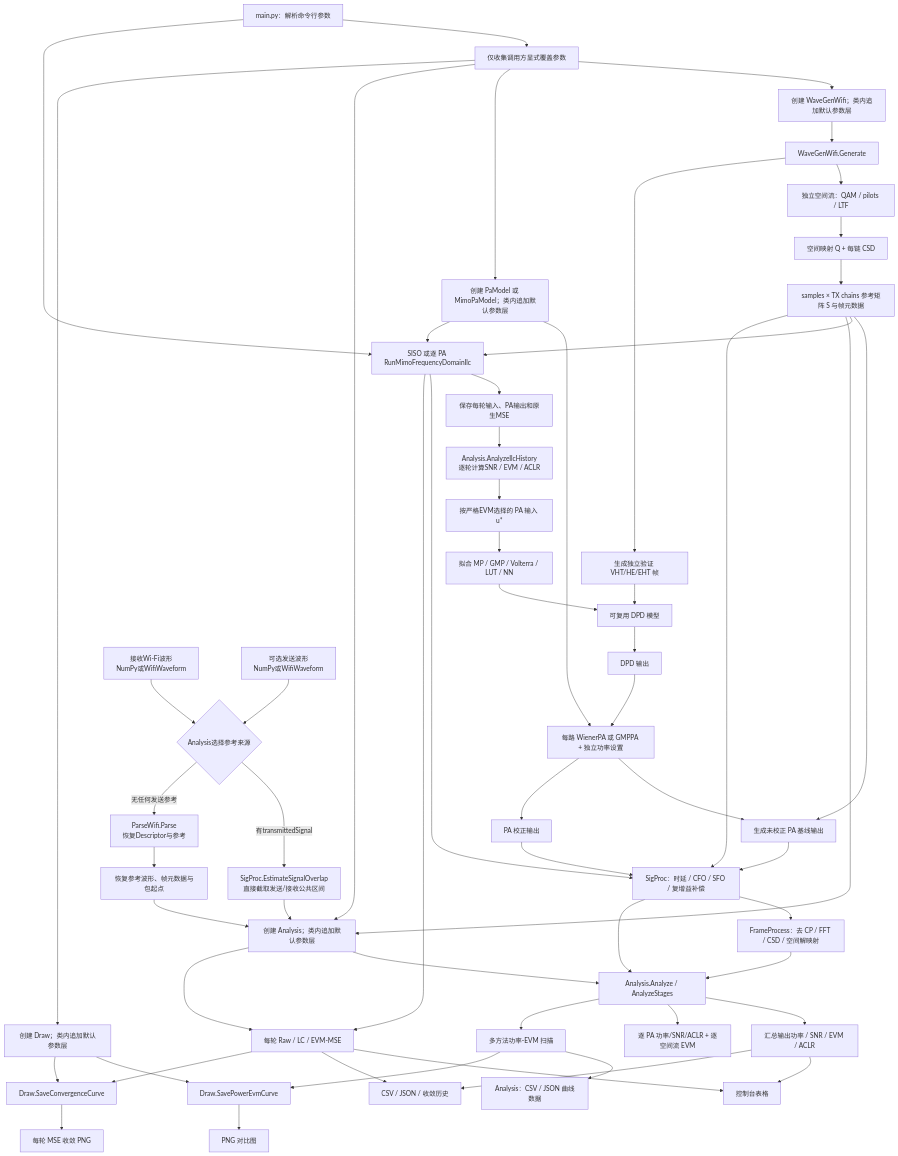
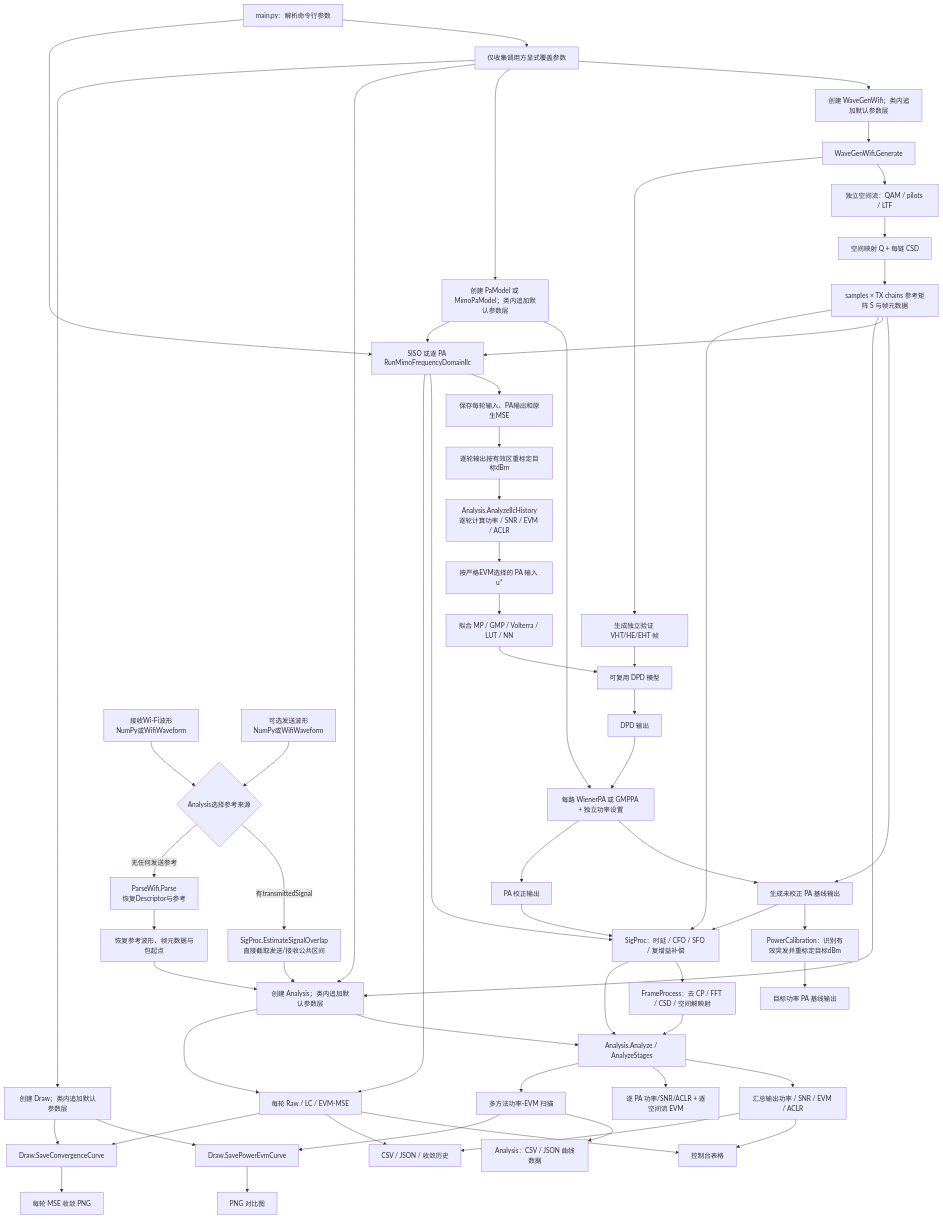
One commit to niyilu45/DPD_ILC changed the second of 15 diagrams in README.md. Above: the diagram before and after it, drawn with Mermaid. The commit also changed other lines of this file and 11 other files, not shown here.

````diff
--- a/README.md
+++ b/README.md
@@ -139,66 +139,69 @@
 ```mermaid
 flowchart TD
     start["main.py：解析命令行参数"] --> overrideMap["仅收集调用方显式覆盖参数"]
     overrideMap --> wifiGenerator["创建 WaveGenWifi；类内追加默认参数层"]
     wifiGenerator --> waveGenWifi["WaveGenWifi.Generate"]
     waveGenWifi --> streams["独立空间流：QAM / pilots / LTF"]
     streams --> spatialMap["空间映射 Q + 每链 CSD"]
     spatialMap --> reference["samples × TX chains 参考矩阵 S 与帧元数据"]
 
     overrideMap --> paModel["创建 PaModel 或 MimoPaModel；类内追加默认参数层"]
     paModel --> paImplementation["每路 WienerPA 或 GMPPA + 独立功率设置"]
     reference --> baseline["生成未校正 PA 基线输出"]
     paImplementation --> baseline
+    baseline --> powerCalibration["PowerCalibration：识别有效突发并重标定目标dBm"]
+    powerCalibration --> calibratedBaseline["目标功率 PA 基线输出"]
 
     start --> frequencyIlc["SISO 或逐 PA RunMimoFrequencyDomainIlc"]
     reference --> frequencyIlc
     paModel --> frequencyIlc
 
     frequencyIlc --> nativeHistory["保存每轮输入、PA输出和原生MSE"]
-    nativeHistory --> ilcAnalysis["Analysis.AnalyzeIlcHistory<br/>逐轮计算SNR / EVM / ACLR"]
+    nativeHistory --> historyCalibration["逐轮输出按有效区重标定目标dBm"]
+    historyCalibration --> ilcAnalysis["Analysis.AnalyzeIlcHistory<br/>逐轮计算功率 / SNR / EVM / ACLR"]
     ilcAnalysis --> learnedInput["按严格EVM选择的 PA 输入 u*"]
     learnedInput --> deployFit["拟合 MP / GMP / Volterra / LUT / NN"]
     deployFit --> deployedDpd["可复用 DPD 模型"]
 
     waveGenWifi --> validation["生成独立验证 VHT/HE/EHT 帧"]
     validation --> deployedDpd
     deployedDpd --> predistortedInput["DPD 输出"]
     predistortedInput --> paImplementation
     paImplementation --> correctedOutput["PA 校正输出"]
 
     receiveCapture["接收Wi-Fi波形<br/>NumPy或WifiWaveform"] --> analysisMode{"Analysis选择参考来源"}
     optionalTransmit["可选发送波形<br/>NumPy或WifiWaveform"] --> analysisMode
     analysisMode -->|有transmittedSignal| overlap["SigProc.EstimateSignalOverlap<br/>直接截取发送/接收公共区间"]
     analysisMode -->|无任何发送参考| parser["ParseWifi.Parse<br/>恢复Descriptor与参考"]
     overlap --> analysis
     parser --> parsedContext["恢复参考波形、帧元数据与包起点"]
     parsedContext --> analysis
 
     overrideMap --> analysis["创建 Analysis；类内追加默认参数层"]
     reference --> analysis
     reference --> sigProc["SigProc：时延 / CFO / SFO / 复增益补偿"]
     baseline --> sigProc
     frequencyIlc --> sigProc
     correctedOutput --> sigProc
     sigProc --> frameProcess["FrameProcess：去 CP / FFT / CSD / 空间解映射"]
     sigProc --> analysisMethod["Analysis.Analyze / AnalyzeStages"]
     frameProcess --> analysisMethod
     analysis --> analysisMethod
     analysisMethod --> metrics["汇总输出功率 / SNR / EVM / ACLR"]
     analysisMethod --> mimoMetrics["逐 PA 功率/SNR/ACLR + 逐空间流 EVM"]
     analysisMethod --> powerCurve["多方法功率-EVM 扫描"]
     metrics --> console["控制台表格"]
     metrics --> files["CSV / JSON / 收敛历史"]
     frequencyIlc --> iterationMse["每轮 Raw / LC / EVM-MSE"]
     analysis --> iterationMse
     iterationMse --> console
     iterationMse --> files
     powerCurve --> curveData["Analysis：CSV / JSON 曲线数据"]
     overrideMap --> draw["创建 Draw；类内追加默认参数层"]
     powerCurve --> drawMethod["Draw.SavePowerEvmCurve"]
     draw --> drawMethod
     drawMethod --> curveFigure["PNG 对比图"]
     iterationMse --> convergenceDraw["Draw.SaveConvergenceCurve"]
     draw --> convergenceDraw
     convergenceDraw --> convergenceFigure["每轮 MSE 收敛 PNG"]
 ```
````
